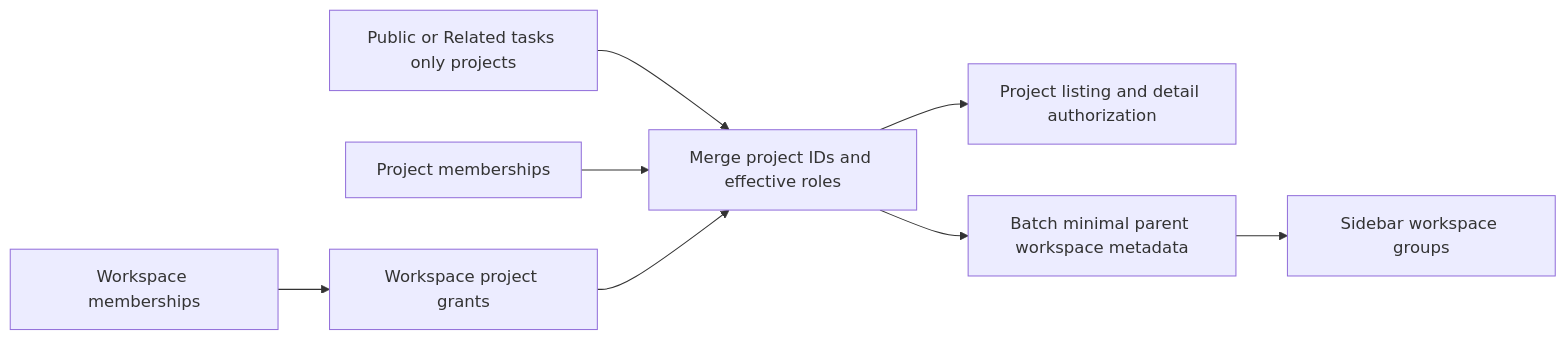
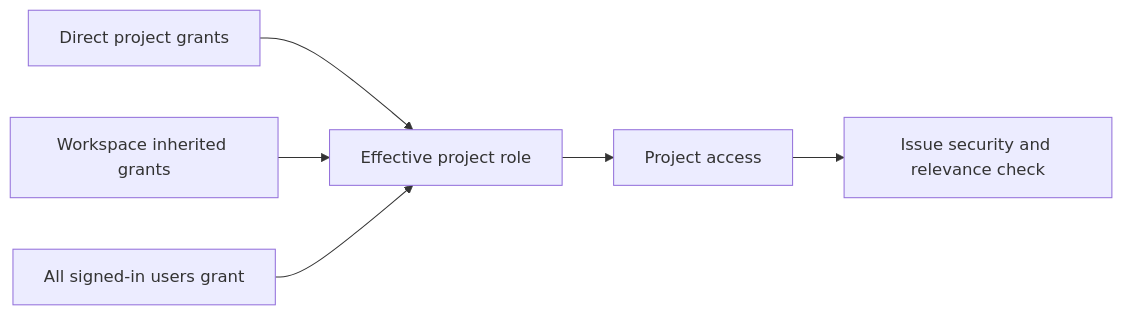
Before and after one commit to wecode-ai/wegent-docs: the diagram in docs/developer-guide/project-visibility.md, drawn with Mermaid. The commit also changed other lines of this file and 3 other files, not shown here.

````diff
--- a/docs/developer-guide/project-visibility.md
+++ b/docs/developer-guide/project-visibility.md
@@ -18,10 +15,8 @@
 ```mermaid
 flowchart LR
-    A[Public or Related tasks only projects] --> D[Merge project IDs and effective roles]
-    B[Project memberships] --> D
-    C[Workspace memberships] --> E[Workspace project grants]
-    E --> D
-    D --> F[Project listing and detail authorization]
-    D --> G[Batch minimal parent workspace metadata]
-    G --> H[Sidebar workspace groups]
+    A[Direct project grants] --> D[Effective project role]
+    B[Workspace inherited grants] --> D
+    C[All signed-in users grant] --> D
+    D --> E[Project access]
+    E --> F[Issue security and relevance check]
 ```
````
